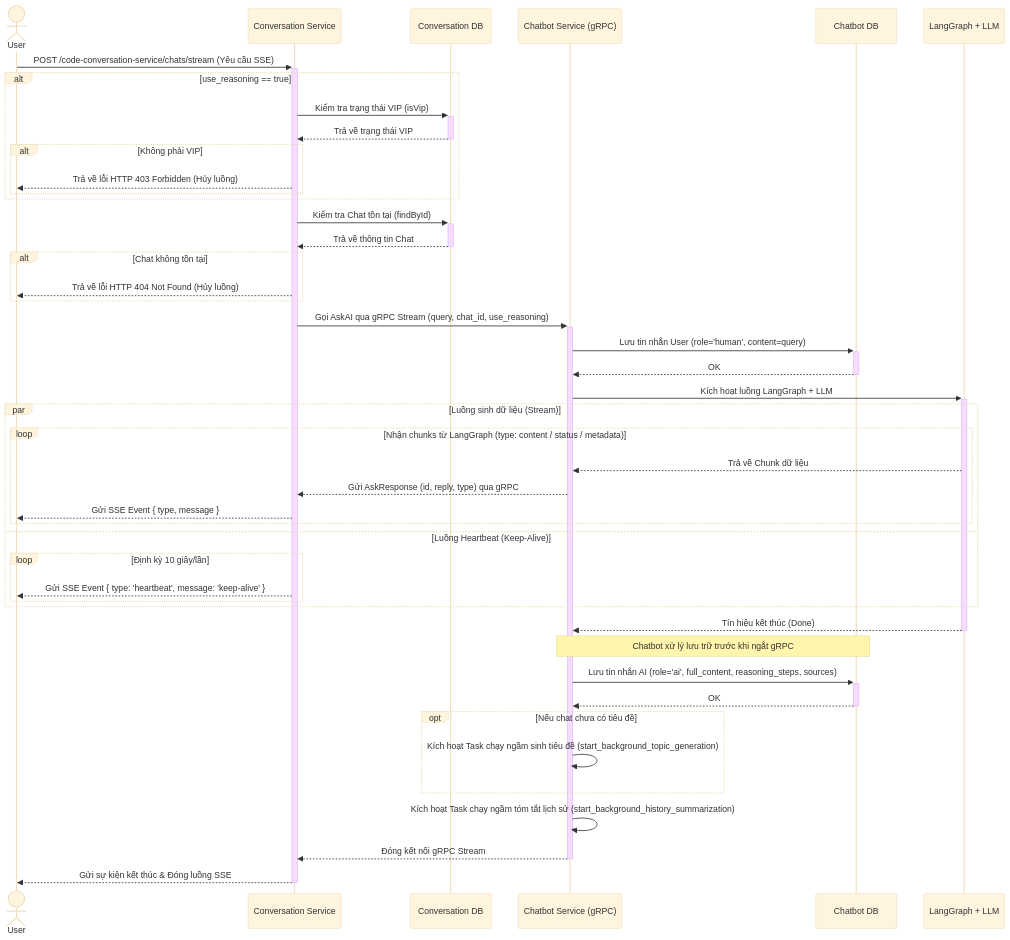
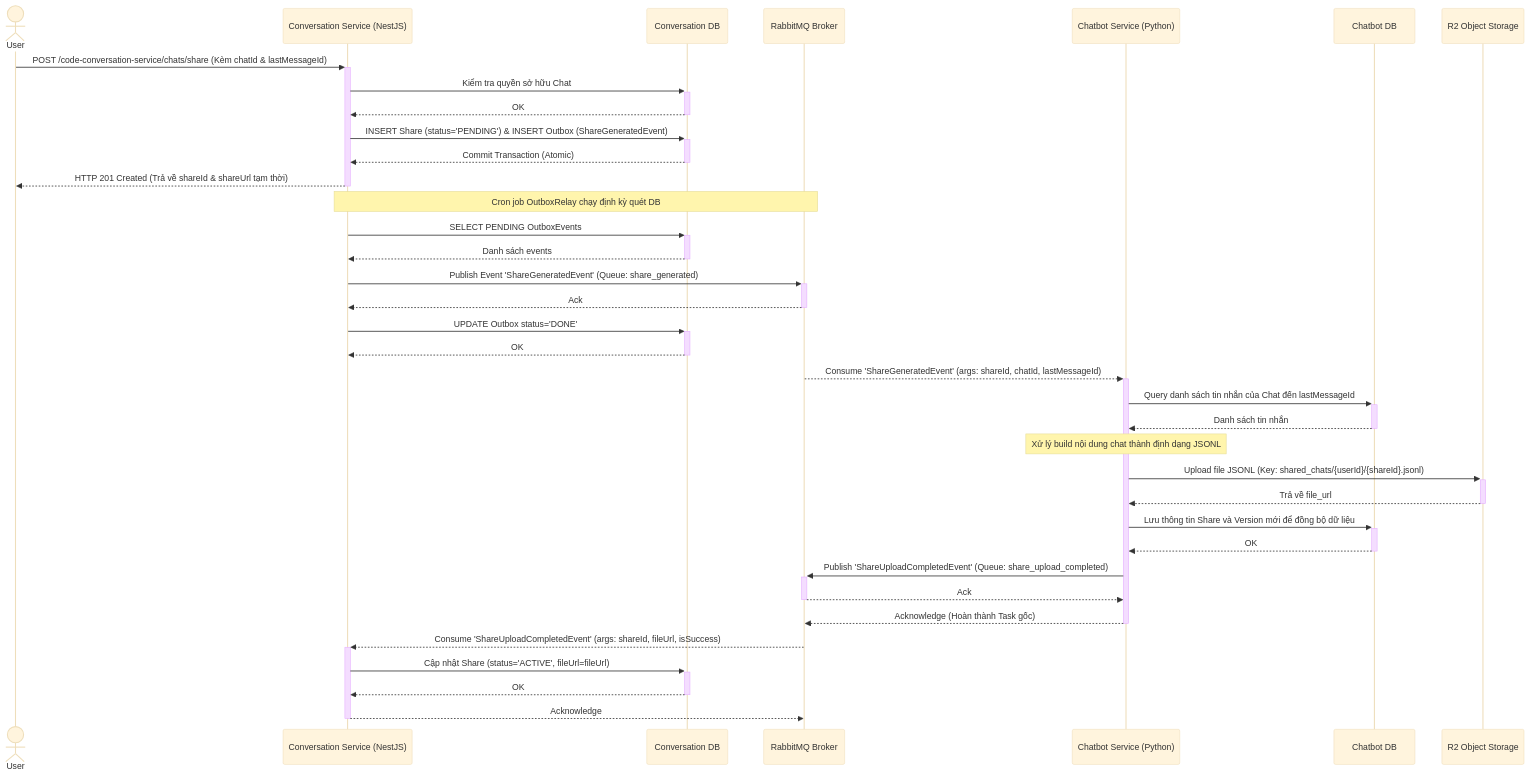
The diagram in docs/1. Tổng quan đề tài/1.3. Bài toán nghiệp vụ/sequence/Share-Chat.mmd (20206205Tech/docs-markdown), drawn with Mermaid (base theme) before and after one commit. The commit also changed 3 other files, not shown here.

```diff
--- a/docs/1. Tổng quan đề tài/1.3. Bài toán nghiệp vụ/sequence/Share-Chat.mmd
+++ b/docs/1. Tổng quan đề tài/1.3. Bài toán nghiệp vụ/sequence/Share-Chat.mmd
@@ -1,65 +1,58 @@
 
 sequenceDiagram
     actor User
-    participant ConvService as Conversation Service
+    participant Conv as Conversation Service (NestJS)
     participant ConvDB as Conversation DB
-    participant Chatbot as Chatbot Service (gRPC)
+    participant RabbitMQ as RabbitMQ Broker
+    participant Chatbot as Chatbot Service (Python)
     participant ChatbotDB as Chatbot DB
-    participant LLM as LangGraph + LLM
+    participant R2 as R2 Object Storage
 
-    %% Khởi tạo kết nối
-    User->>+ConvService: POST /code-conversation-service/chats/stream (Yêu cầu SSE)
+    %% Giai đoạn 1: Khởi tạo Share Link
+    User->>+Conv: POST /code-conversation-service/chats/share (Kèm chatId & lastMessageId)
 
-    %% Kiểm tra điều kiện suy luận & VIP (trên Conversation DB)
-    alt use_reasoning == true
-        ConvService->>+ConvDB: Kiểm tra trạng thái VIP (isVip)
-        ConvDB-->>-ConvService: Trả về trạng thái VIP
-        alt Không phải VIP
-            ConvService-->>User: Trả về lỗi HTTP 403 Forbidden (Hủy luồng)
-        end
-    end
+    %% Kiểm tra quyền & ghi nhận giao dịch bằng Outbox Pattern
+    Conv->>+ConvDB: Kiểm tra quyền sở hữu Chat
+    ConvDB-->>-Conv: OK
 
-    %% Kiểm tra Chat tồn tại (trên Conversation DB)
-    ConvService->>+ConvDB: Kiểm tra Chat tồn tại (findById)
-    ConvDB-->>-ConvService: Trả về thông tin Chat
-    alt Chat không tồn tại
-        ConvService-->>User: Trả về lỗi HTTP 404 Not Found (Hủy luồng)
-    end
+    Conv->>+ConvDB: INSERT Share (status='PENDING') & INSERT Outbox (ShareGeneratedEvent)
+    ConvDB-->>-Conv: Commit Transaction (Atomic)
 
-    %% Gọi sang service AI bằng gRPC
-    ConvService->>+Chatbot: Gọi AskAI qua gRPC Stream (query, chat_id, use_reasoning)
+    %% Trả về link ngay lập tức cho User
+    Conv-->>-User: HTTP 201 Created (Trả về shareId & shareUrl tạm thời)
 
-    %% Chatbot lưu tin nhắn User trước khi gọi LLM (vào Chatbot DB)
-    Chatbot->>+ChatbotDB: Lưu tin nhắn User (role='human', content=query)
+    %% Giai đoạn 2: Cron Job quét Outbox gửi RabbitMQ
+    Note over Conv, RabbitMQ: Cron job OutboxRelay chạy định kỳ quét DB
+    Conv->>+ConvDB: SELECT PENDING OutboxEvents
+    ConvDB-->>-Conv: Danh sách events
+
+    Conv->>+RabbitMQ: Publish Event 'ShareGeneratedEvent' (Queue: share_generated)
+    RabbitMQ-->>-Conv: Ack
+
+    Conv->>+ConvDB: UPDATE Outbox status='DONE'
+    ConvDB-->>-Conv: OK
+
+    %% Giai đoạn 3: Python xử lý sinh file JSONL & Upload R2
+    RabbitMQ-->>+Chatbot: Consume 'ShareGeneratedEvent' (args: shareId, chatId, lastMessageId)
+
+    Chatbot->>+ChatbotDB: Query danh sách tin nhắn của Chat đến lastMessageId
+    ChatbotDB-->>-Chatbot: Danh sách tin nhắn
+
+    Note over Chatbot: Xử lý build nội dung chat thành định dạng JSONL
+
+    Chatbot->>+R2: Upload file JSONL (Key: shared_chats/{userId}/{shareId}.jsonl)
+    R2-->>-Chatbot: Trả về file_url
+
+    Chatbot->>+ChatbotDB: Lưu thông tin Share và Version mới để đồng bộ dữ liệu
     ChatbotDB-->>-Chatbot: OK
 
-    %% Khởi tạo luồng sinh text
-    Chatbot->>+LLM: Kích hoạt luồng LangGraph + LLM
+    %% Trả kết quả hoàn thành về NestJS
+    Chatbot->>+RabbitMQ: Publish 'ShareUploadCompletedEvent' (Queue: share_upload_completed)
+    RabbitMQ-->>-Chatbot: Ack
+    Chatbot-->>-RabbitMQ: Acknowledge (Hoàn thành Task gốc)
 
-    par Luồng sinh dữ liệu (Stream)
-        loop Nhận chunks từ LangGraph (type: content / status / metadata)
-            LLM-->>Chatbot: Trả về Chunk dữ liệu
-            Chatbot-->>ConvService: Gửi AskResponse (id, reply, type) qua gRPC
-            ConvService-->>User: Gửi SSE Event { type, message }
-        end
-    and Luồng Heartbeat (Keep-Alive)
-        loop Định kỳ 10 giây/lần
-            ConvService-->>User: Gửi SSE Event { type: 'heartbeat', message: 'keep-alive' }
-        end
-    end
-
-    %% Khi sinh xong, LangGraph kết thúc
-    LLM-->>-Chatbot: Tín hiệu kết thúc (Done)
-
-    %% Hậu xử lý (Lưu trữ tin nhắn AI vào Chatbot DB)
-    Note over Chatbot, ChatbotDB: Chatbot xử lý lưu trữ trước khi ngắt gRPC
-    Chatbot->>+ChatbotDB: Lưu tin nhắn AI (role='ai', full_content, reasoning_steps, sources)
-    ChatbotDB-->>-Chatbot: OK
-
-    opt Nếu chat chưa có tiêu đề
-        Chatbot->>Chatbot: Kích hoạt Task chạy ngầm sinh tiêu đề (start_background_topic_generation)
-    end
-    Chatbot->>Chatbot: Kích hoạt Task chạy ngầm tóm tắt lịch sử (start_background_history_summarization)
-
-    Chatbot-->>-ConvService: Đóng kết nối gRPC Stream
-    ConvService-->>-User: Gửi sự kiện kết thúc & Đóng luồng SSE
+    %% Giai đoạn 4: NestJS nhận kết quả và kích hoạt Share Link
+    RabbitMQ-->>+Conv: Consume 'ShareUploadCompletedEvent' (args: shareId, fileUrl, isSuccess)
+    Conv->>+ConvDB: Cập nhật Share (status='ACTIVE', fileUrl=fileUrl)
+    ConvDB-->>-Conv: OK
+    Conv-->>-RabbitMQ: Acknowledge
```
